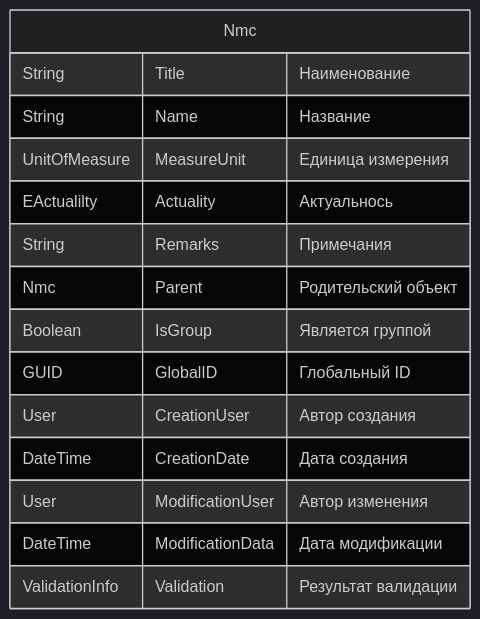
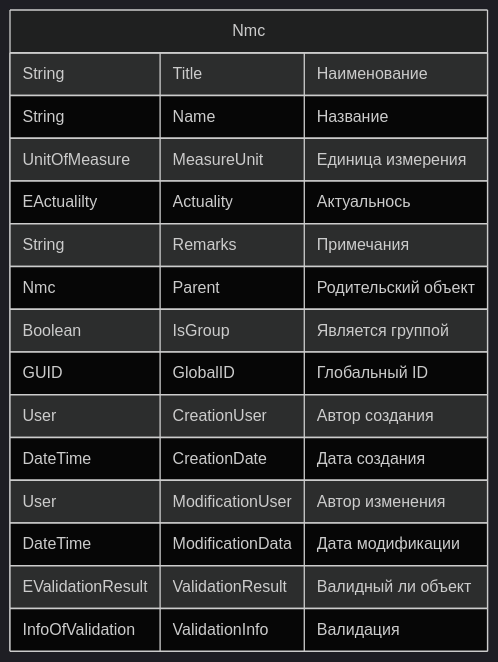
One commit to Zorin-Mykhailo/Kusto changed the first of 5 diagrams in Kusto/Documents/2313902__ContractorsCheck/DataModel.md. Above: the diagram before and after it, drawn with Mermaid (dark theme). The commit also changed other lines of this file, not shown here.

````diff
--- a/Kusto/Documents/2313902__ContractorsCheck/DataModel.md
+++ b/Kusto/Documents/2313902__ContractorsCheck/DataModel.md
@@ -4,21 +4,21 @@
 ```mermaid
 erDiagram
   Nmc {    
     String Title "Наименование"    
     String Name "Название"    
     UnitOfMeasure MeasureUnit "Единица измерения"
     EActualilty Actuality "Актуальнось"
     String Remarks "Примечания"
     
     Nmc Parent "Родительский объект"
     Boolean IsGroup "Является группой"
     
     GUID GlobalID "Глобальный ID"
     User CreationUser "Автор создания"
     DateTime CreationDate "Дата создания"
     User ModificationUser "Автор изменения"
     DateTime ModificationData "Дата модификации"
-    
-    ValidationInfo Validation "Результат валидации"
+    EValidationResult ValidationResult "Валидный ли объект"
+    InfoOfValidation ValidationInfo "Валидация"
   }
 ```
````
